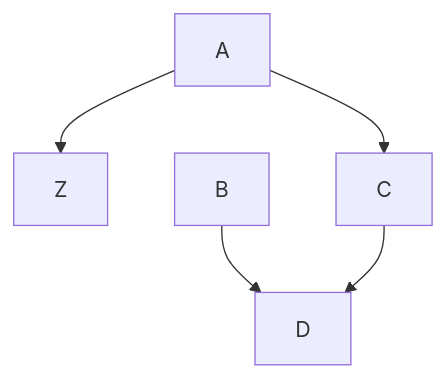
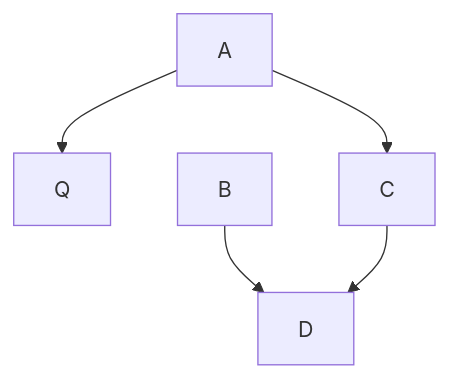
Before and after one commit to ockertbotha/mermaid-diagramming: the diagram in diagrams/intro.md, drawn with Mermaid. The commit also changed 2 other files, not shown here.

Commit message:
Tidy and test

````diff
--- a/diagrams/intro.md
+++ b/diagrams/intro.md
@@ -1,7 +1,7 @@
 ```mermaid
 graph TD;
-    A-->Z;
+    A-->Q;
     A-->C;
     B-->D;
     C-->D;
 ```
````
